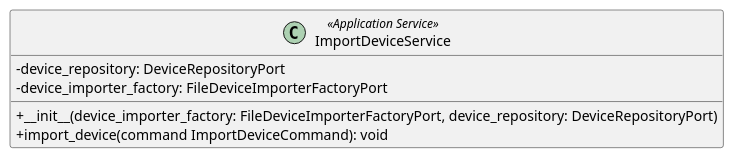
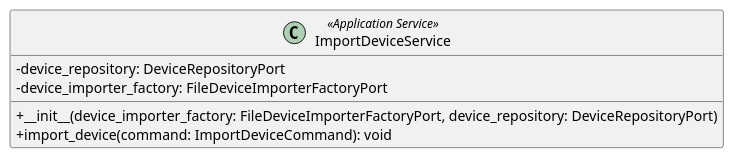
One commit to GroupRubberDuck/Documentazione changed the diagram in src/PB/DocumentazioneEsterna/Specifica_Tecnica/content/uml/puml/Diagrammi_classi/Backend/ApplicationServices/ImportDeviceService.puml. Above: the diagram before and after it, drawn with PlantUML. The commit also changed 22 other files, not shown here.

Commit message:
fix:st command su asset e import

```diff
--- a/src/PB/DocumentazioneEsterna/Specifica_Tecnica/content/uml/puml/Diagrammi_classi/Backend/ApplicationServices/ImportDeviceService.puml
+++ b/src/PB/DocumentazioneEsterna/Specifica_Tecnica/content/uml/puml/Diagrammi_classi/Backend/ApplicationServices/ImportDeviceService.puml
@@ -1,10 +1,10 @@
 @startuml ImportDeviceService
 skinparam classAttributeIconSize 0
 class ImportDeviceService <<Application Service>> {
     - device_repository: DeviceRepositoryPort
     - device_importer_factory: FileDeviceImporterFactoryPort
     + __init__(device_importer_factory: FileDeviceImporterFactoryPort, device_repository: DeviceRepositoryPort)
-    + import_device(command ImportDeviceCommand): void
+    + import_device(command: ImportDeviceCommand): void
 }
 
 @enduml
```
